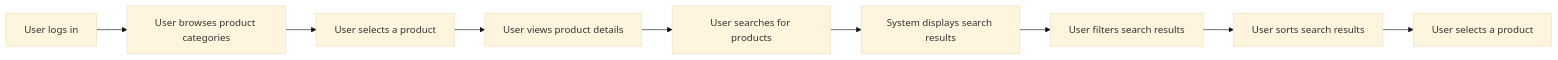
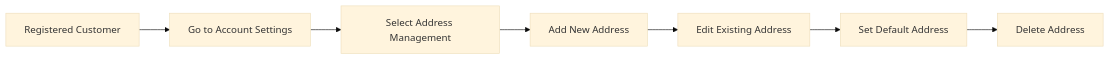
The second of 20 diagrams in mistralai/codestral-2508/shopping/docs/analysis/03-user-flows.md (wrtnlabs/autobe-examples), drawn with Mermaid (base theme) before and after one commit. The commit also changed other lines of this file and 7173 other files, not shown here.

````diff
--- a/mistralai/codestral-2508/shopping/docs/analysis/03-user-flows.md
+++ b/mistralai/codestral-2508/shopping/docs/analysis/03-user-flows.md
@@ -67,11 +23,9 @@
 ```mermaid
-flowchart LR
-    A["User logs in"] --> B["User browses product categories"]
-    B --> C["User selects a product"]
-    C --> D["User views product details"]
-    D --> E["User searches for products"]
-    E --> F["System displays search results"]
-    F --> G["User filters search results"]
-    G --> H["User sorts search results"]
-    H --> I["User selects a product"]
+graph LR
+    A["Registered Customer"] --> B["Go to Account Settings"]
+    B --> C["Select Address Management"]
+    C --> D["Add New Address"]
+    D --> E["Edit Existing Address"]
+    E --> F["Set Default Address"]
+    F --> G["Delete Address"]
 ```
````
